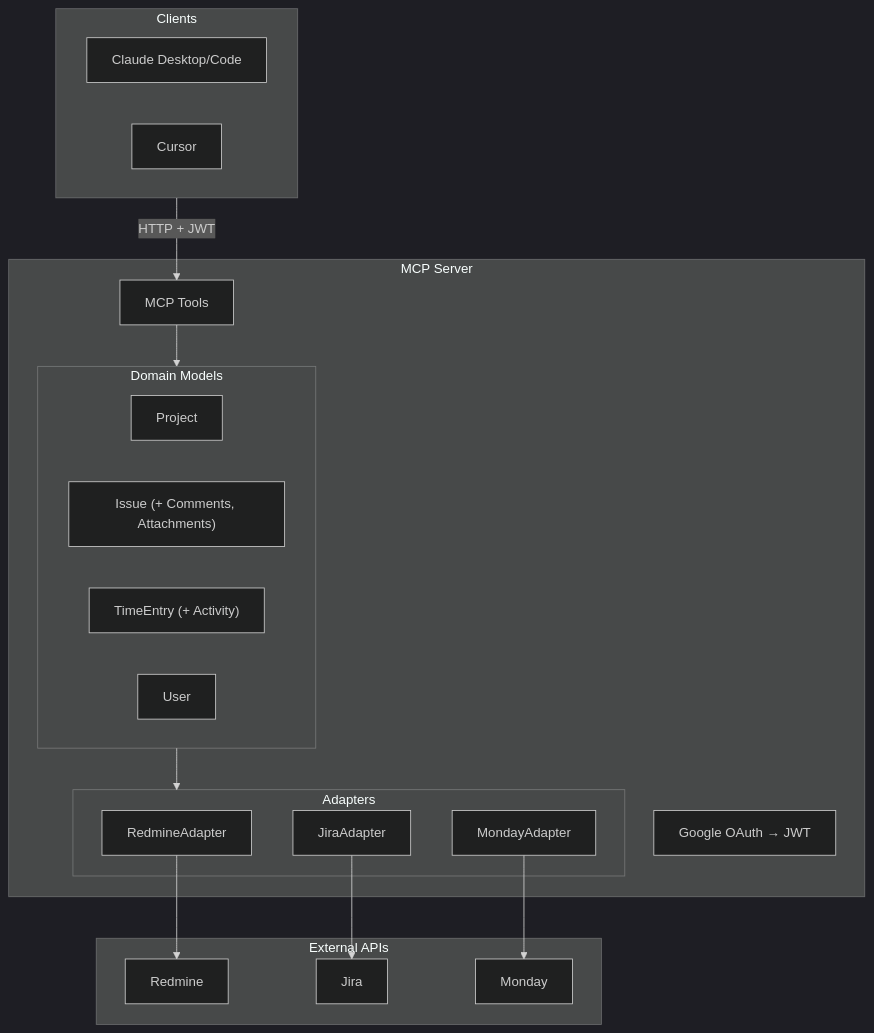
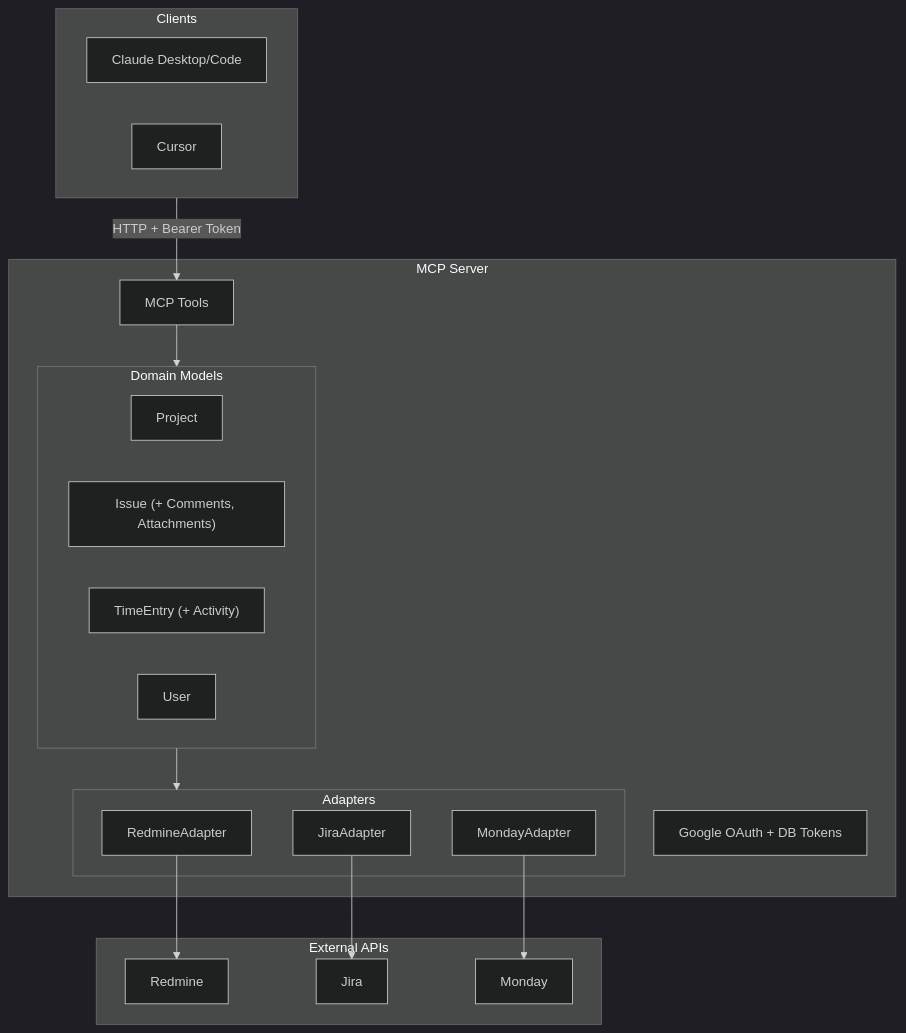
One commit to Guiziweb/mcp-project-management changed the diagram in README.md. Above: the diagram before and after it, drawn with Mermaid (dark theme). The commit also changed other lines of this file and 270 other files, not shown here.

````diff
--- a/README.md
+++ b/README.md
@@ -56,38 +66,38 @@
 ```mermaid
 flowchart TB
     subgraph Clients
         Claude["Claude Desktop/Code"]
         Cursor
     end
 
     subgraph MCP["MCP Server"]
-        Auth["Google OAuth → JWT"]
+        Auth["Google OAuth + DB Tokens"]
         Tools["MCP Tools"]
 
         subgraph Domain["Domain Models"]
             Project
             Issue["Issue (+ Comments, Attachments)"]
             TimeEntry["TimeEntry (+ Activity)"]
             User
         end
 
         subgraph Adapters
             RedmineAdapter
             JiraAdapter
             MondayAdapter
         end
     end
 
     subgraph APIs["External APIs"]
         Redmine
         Jira
         Monday
     end
 
-    Clients -->|HTTP + JWT| Tools
+    Clients -->|HTTP + Bearer Token| Tools
     Tools --> Domain
     Domain --> Adapters
     RedmineAdapter --> Redmine
     JiraAdapter --> Jira
     MondayAdapter --> Monday
 ```
````
